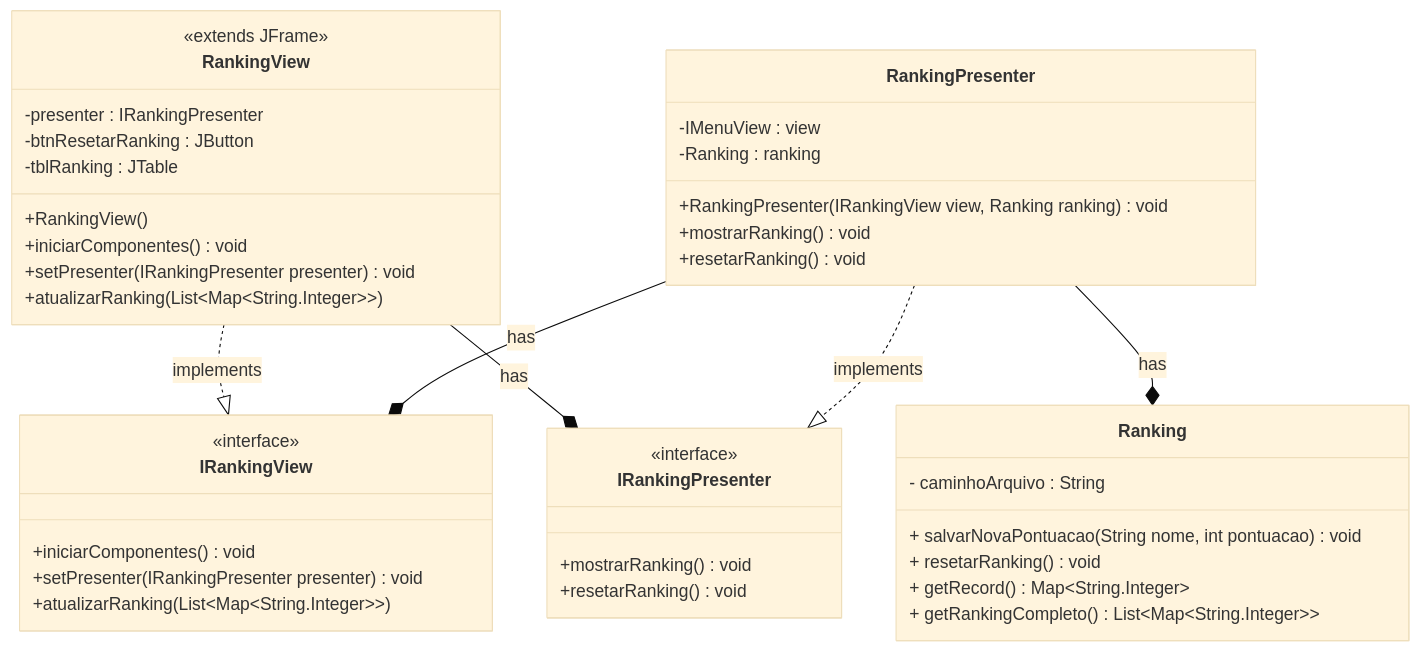
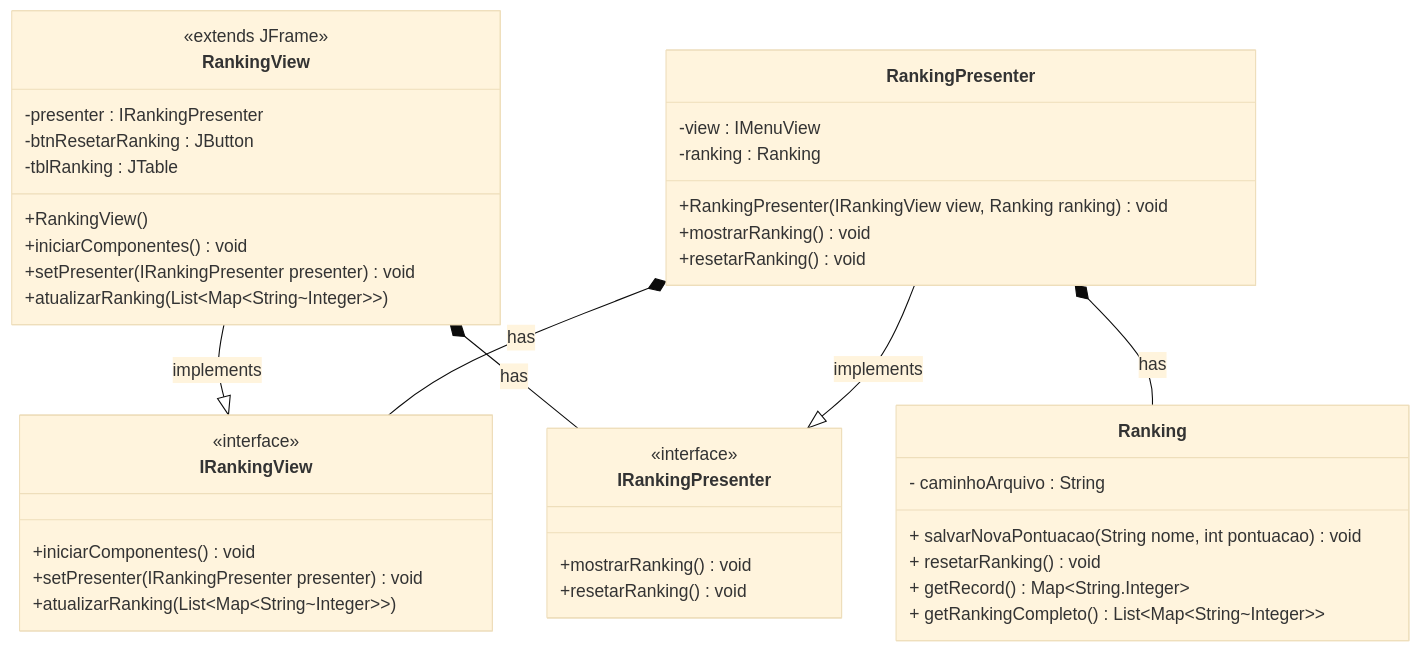
Before and after one commit to lucasttmz/jogo-reciclagem-aps: the first of 2 diagrams in docs/DiagramaRanking.md, drawn with Mermaid (base theme). The commit also changed 4 other files, not shown here.

Commit message:
Pequenos ajustes nos diagramas e correcao dos erros

````diff
--- a/docs/DiagramaRanking.md
+++ b/docs/DiagramaRanking.md
@@ -3,46 +3,46 @@
 ```mermaid
 classDiagram 
 
-RankingView ..|> IRankingView : implements
-RankingView --* IRankingPresenter : has
-RankingPresenter --* Ranking : has
-RankingPresenter ..|> IRankingPresenter : implements
-RankingPresenter --* IRankingView : has
+RankingView --|> IRankingView : implements
+RankingView *-- IRankingPresenter : has
+RankingPresenter *-- Ranking : has
+RankingPresenter --|> IRankingPresenter : implements
+RankingPresenter *-- IRankingView : has
 
 class Ranking{
     - caminhoArquivo : String
     + salvarNovaPontuacao(String nome, int pontuacao) void
     + resetarRanking() void
     + getRecord() Map~String.Integer~
-    + getRankingCompleto() List~Map~String.Integer~~
+    + getRankingCompleto() List~Map~String~Integer~~
 }
 class RankingView{ 
     <<extends JFrame>>
     -presenter : IRankingPresenter
     -btnResetarRanking : JButton
     -tblRanking : JTable
     +RankingView()
     +iniciarComponentes() void
     +setPresenter(IRankingPresenter presenter) void
-    +atualizarRanking(List~Map~String.Integer~~)
+    +atualizarRanking(List~Map~String~Integer~~)
 } 
 class IRankingView{ 
     <<interface>>
     +iniciarComponentes() void
     +setPresenter(IRankingPresenter presenter) void
-    +atualizarRanking(List~Map~String.Integer~~)
+    +atualizarRanking(List~Map~String~Integer~~)
 }
 class RankingPresenter{
-    -IMenuView : view
-    -Ranking : ranking
+    -view : IMenuView
+    -ranking : Ranking
     +RankingPresenter(IRankingView view, Ranking ranking) void
     +mostrarRanking() void
     +resetarRanking() void
 }
 class IRankingPresenter{
     <<interface>>
     +mostrarRanking() void
     +resetarRanking() void
 }
 
 ```
````
